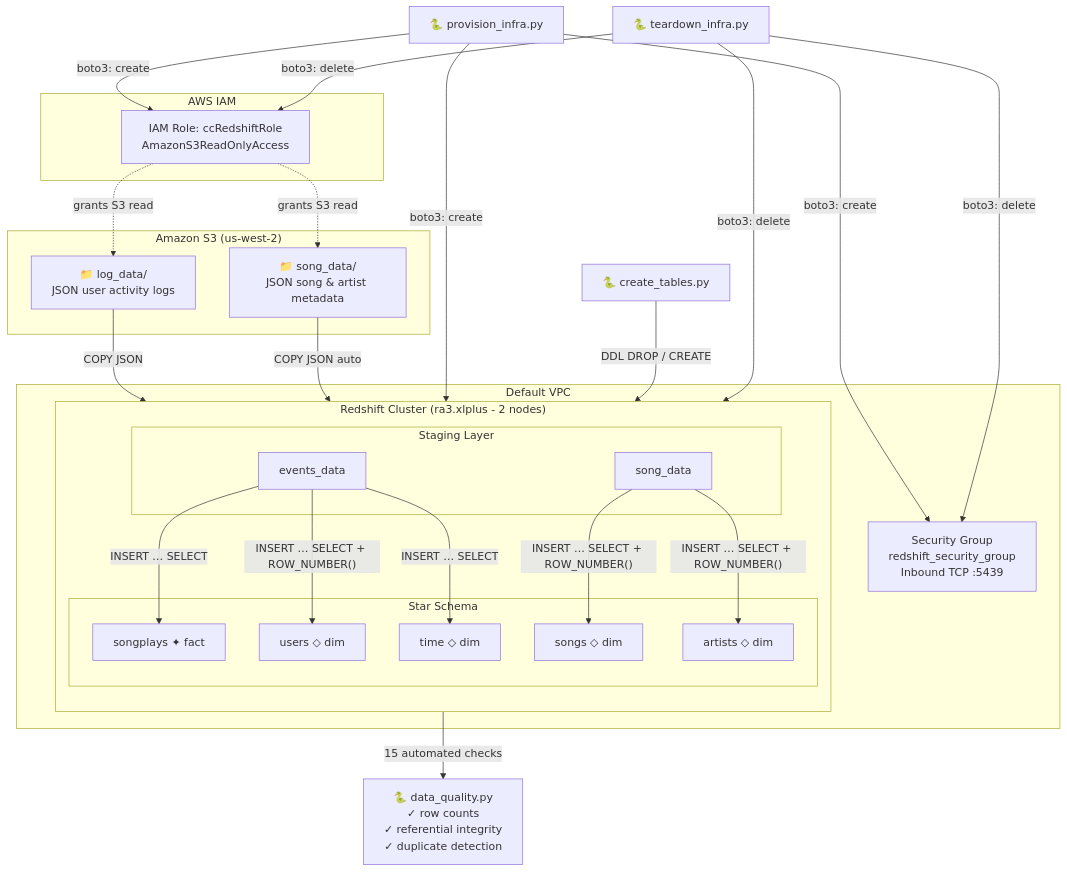
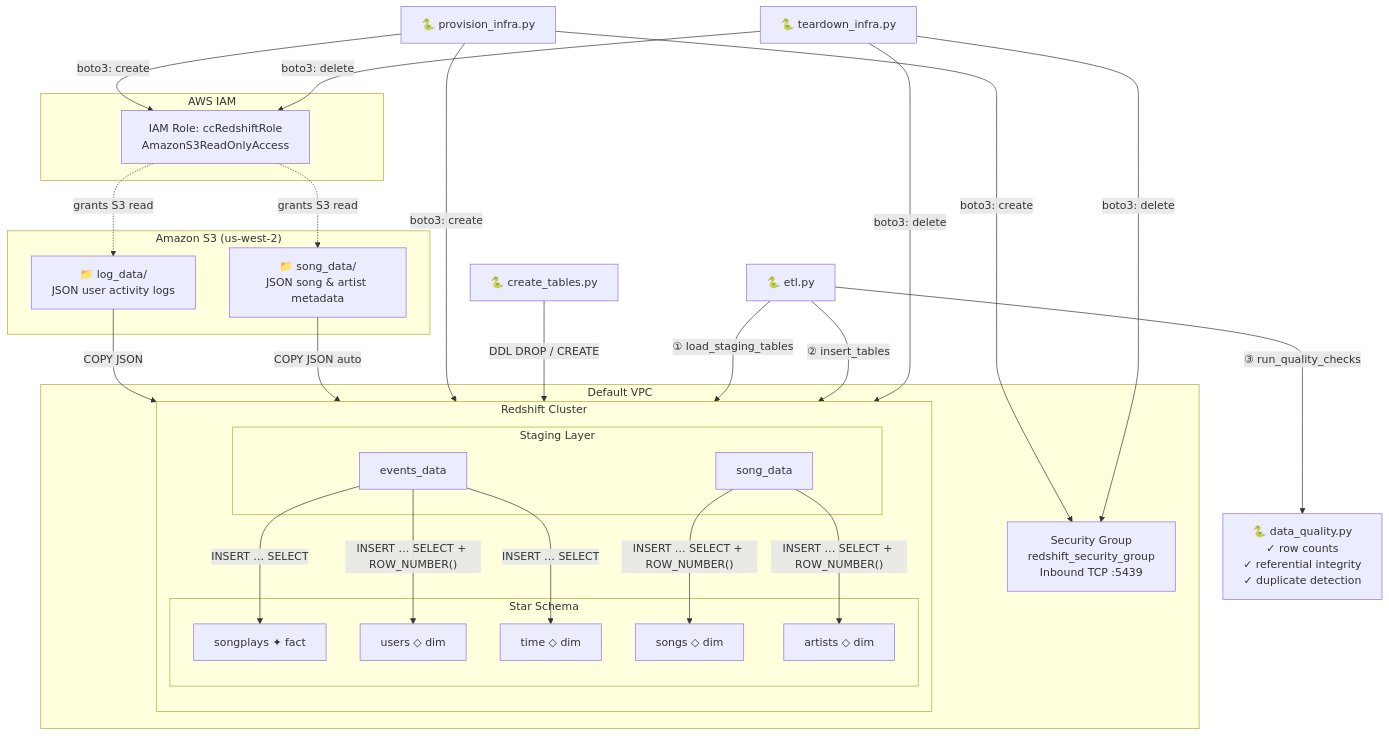
The diagram in README.md (Cadyshack/udacity-data-eng-aws-redshift-data-warehouse-etl), drawn with Mermaid before and after one commit.

Commit message:
complete mermaid flowchart

````diff
--- a/README.md
+++ b/README.md
@@ -47,54 +47,57 @@
 ```mermaid
 flowchart TD
     subgraph S3 ["Amazon S3  (us-west-2)"]
         LOG["📁 log_data/<br>JSON user activity logs"]
         SONG["📁 song_data/<br>JSON song & artist metadata"]
     end
 
     subgraph IAM ["AWS IAM"]
         ROLE["IAM Role: ccRedshiftRole<br>AmazonS3ReadOnlyAccess"]
     end
 
     subgraph VPC ["Default VPC"]
         SG["Security Group<br>redshift_security_group<br>Inbound TCP :5439"]
 
-        subgraph Cluster ["Redshift Cluster (ra3.xlplus - 2 nodes)"]
+        subgraph Cluster ["Redshift Cluster"]
             direction TB
             subgraph Staging ["Staging Layer"]
                 ED["events_data"]
                 SD["song_data"]
             end
 
             subgraph Star ["Star Schema"]
                 SP["songplays  ✦ fact"]
                 US["users  ◇ dim"]
                 SO["songs  ◇ dim"]
                 AR["artists  ◇ dim"]
                 TM["time  ◇ dim"]
             end
         end
     end
 
     PY1["🐍 provision_infra.py"]  -->|"boto3: create"| ROLE
     PY1                            -->|"boto3: create"| SG
     PY1                            -->|"boto3: create"| Cluster
 
     PY2["🐍 create_tables.py"]    -->|"DDL  DROP / CREATE"| Cluster
 
+    PY4["🐍 etl.py"]
+    PY4 -->|"① load_staging_tables"| Staging
+    PY4 -->|"② insert_tables"| Star
+    PY4 -->|"③ run_quality_checks"| DQ["🐍 data_quality.py<br>✓ row counts<br>✓ referential integrity<br>✓ duplicate detection"]
+
     LOG  -->|"COPY JSON"| ED
     SONG -->|"COPY JSON auto"| SD
     ROLE -.->|"grants S3 read"| LOG
     ROLE -.->|"grants S3 read"| SONG
 
     ED  -->|"INSERT … SELECT"| SP
     ED  -->|"INSERT … SELECT + ROW_NUMBER()"| US
     ED  -->|"INSERT … SELECT"| TM
     SD  -->|"INSERT … SELECT + ROW_NUMBER()"| SO
     SD  -->|"INSERT … SELECT + ROW_NUMBER()"| AR
 
-    SP  -->|"15 automated checks"| DQ["🐍 data_quality.py<br>✓ row counts<br>✓ referential integrity<br>✓ duplicate detection"]
-
     PY3["🐍 teardown_infra.py"]   -->|"boto3: delete"| Cluster
     PY3                            -->|"boto3: delete"| SG
     PY3                            -->|"boto3: delete"| ROLE
 ```
````
